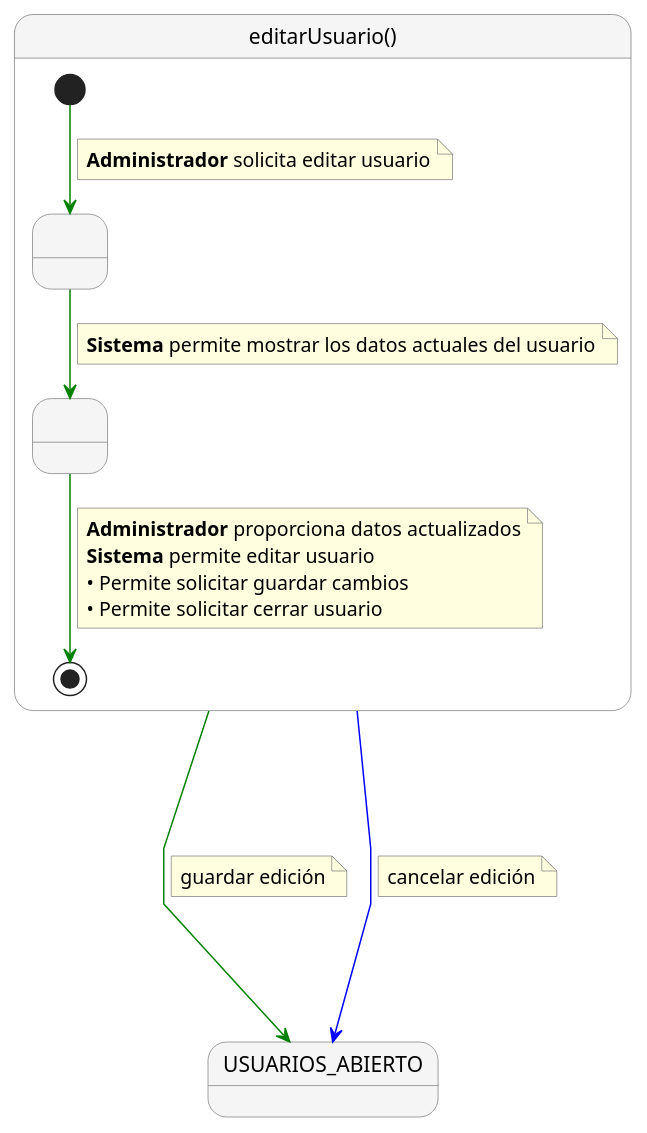
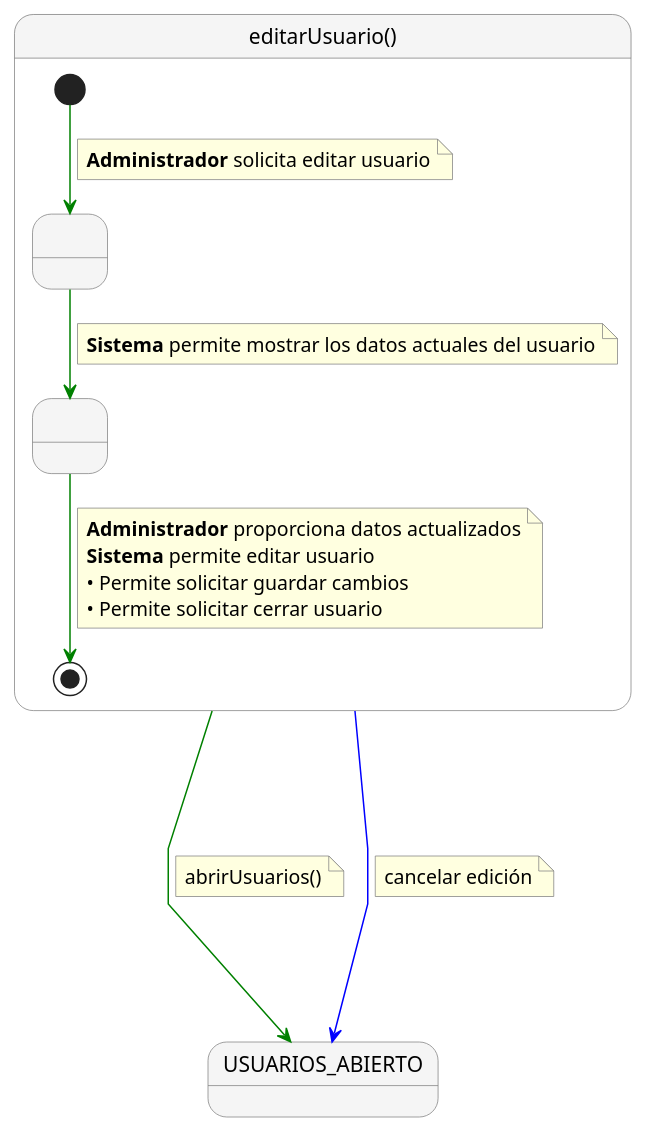
The diagram in documents/CasosDeUso/DetalladoCasosDeUso/Administrador/editarUsuario.puml (enmabry/25-26-IdSw1-SdR), drawn with PlantUML before and after one commit. The commit also changed 5 other files, not shown here.

Commit message:
Se ha agregado caso de uso, abrirUsuarios.

```diff
--- a/documents/CasosDeUso/DetalladoCasosDeUso/Administrador/editarUsuario.puml
+++ b/documents/CasosDeUso/DetalladoCasosDeUso/Administrador/editarUsuario.puml
@@ -1,47 +1,47 @@
 @startuml
 skinparam nodesep 60
 skinparam ranksep 60
 skinparam linetype polyline
 skinparam NoteBackgroundColor lightyellow
 skinparam NoteBorderColor gray
 skinparam StateBackgroundColor #F5F5F5
 skinparam StateBorderColor gray
 
 state "editarUsuario()" as editarUsuario {
    
     ' Estados anónimos vacíos para simular los pasos
     state " " as Paso1
     state " " as Paso2
    
     [*] -[#green]-> Paso1
     note on link
       <b>Administrador</b> solicita editar usuario
     end note
    
     Paso1 -[#green]-> Paso2
     note on link
       <b>Sistema</b> permite mostrar los datos actuales del usuario
     end note
    
     Paso2 -[#green]-> [*]
     note on link
       <b>Administrador</b> proporciona datos actualizados
       <b>Sistema</b> permite editar usuario
       • Permite solicitar guardar cambios
       • Permite solicitar cerrar usuario
     end note
 }
 
 
 state "USUARIOS_ABIERTO" as USUARIOS_ABIERTO
 
 editarUsuario -[#green]---> USUARIOS_ABIERTO
 note right on link
-  guardar edición
+  abrirUsuarios()
 end note
 
 editarUsuario -[#blue]---> USUARIOS_ABIERTO
 note right on link
   cancelar edición
 end note
 @enduml
```
